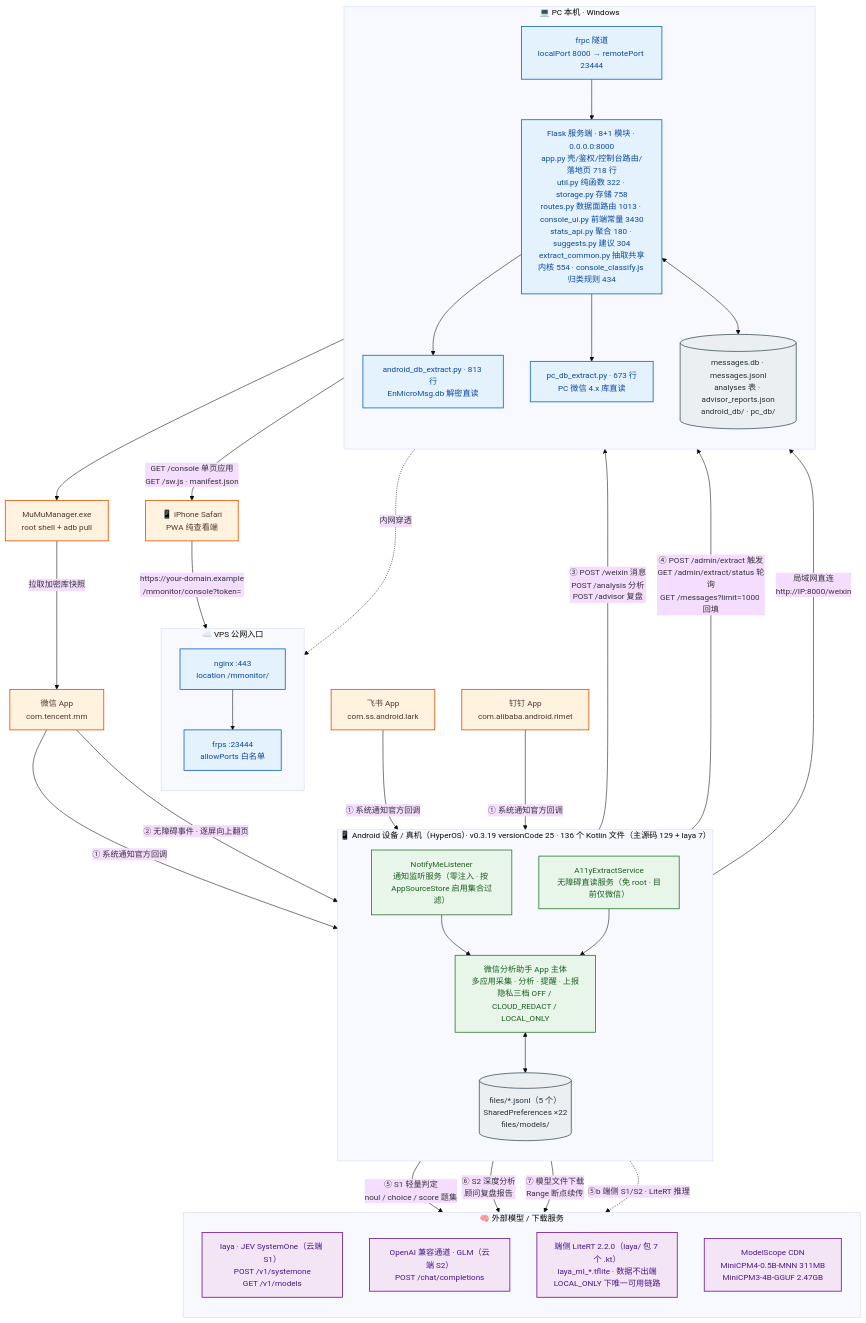
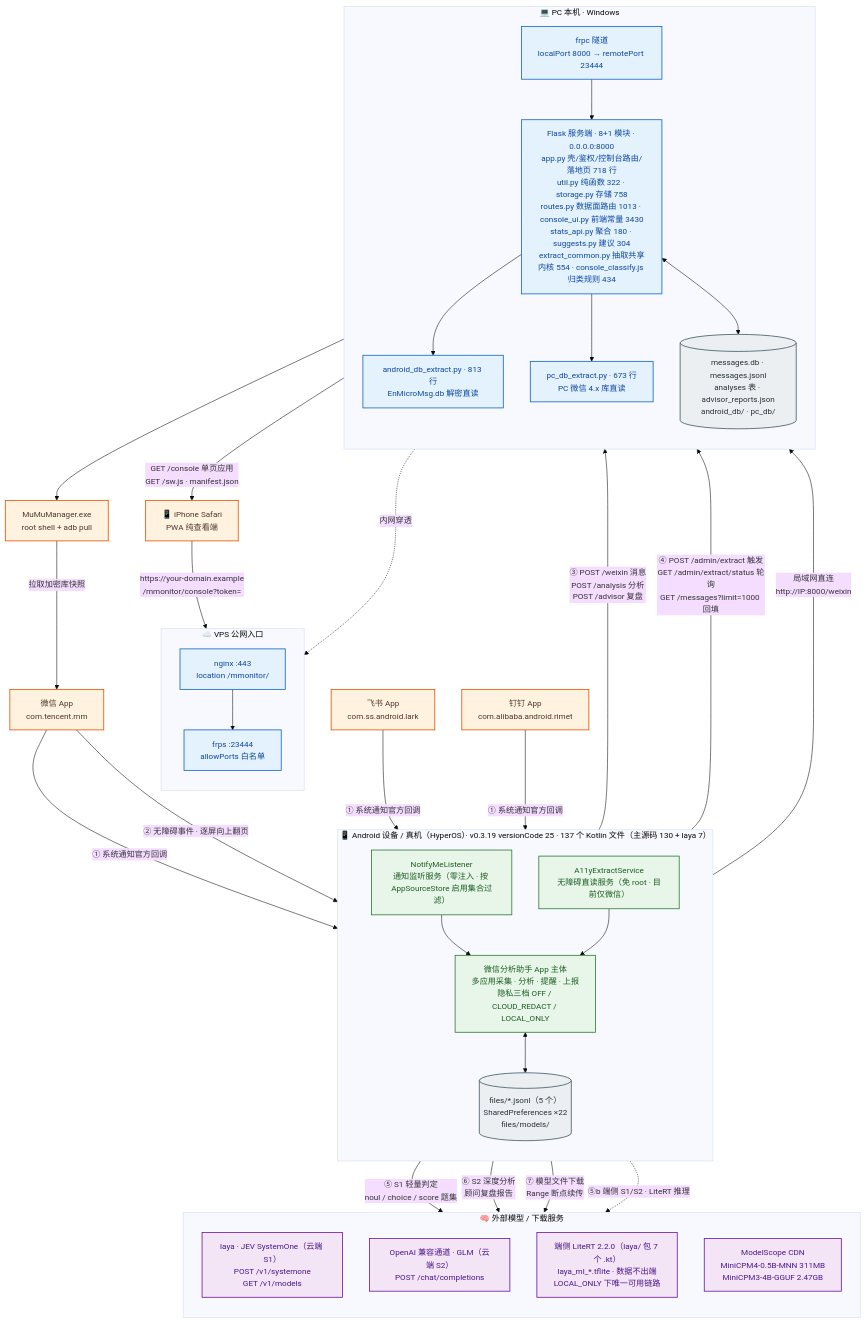
The diagram in docs/architecture/diagrams/01-system-context.mmd (solidjoker/notifyme), drawn with Mermaid before and after one commit. The commit also changed 17 other files, not shown here.

```diff
--- a/docs/architecture/diagrams/01-system-context.mmd
+++ b/docs/architecture/diagrams/01-system-context.mmd
@@ -1,70 +1,70 @@
 %%{init: {'theme':'base','themeVariables':{'fontSize':'15px','fontFamily':'Microsoft YaHei, PingFang SC, sans-serif'},'flowchart':{'htmlLabels':true,'curve':'basis'}}}%%
 flowchart TB
     classDef ext  fill:#fff3e0,stroke:#e65100,stroke-width:1.5px,color:#4e342e
     classDef app  fill:#e8f5e9,stroke:#2e7d32,stroke-width:1.5px,color:#1b5e20
     classDef srv  fill:#e3f2fd,stroke:#1565c0,stroke-width:1.5px,color:#0d47a1
     classDef llm  fill:#f3e5f5,stroke:#6a1b9a,stroke-width:1.5px,color:#4a148c
     classDef store fill:#eceff1,stroke:#455a64,stroke-width:1.5px,color:#263238
 
     WX["微信 App<br/>com.tencent.mm"]:::ext
     FS["飞书 App<br/>com.ss.android.lark"]:::ext
     DT["钉钉 App<br/>com.alibaba.android.rimet"]:::ext
 
-    subgraph DEV["📱 Android 设备 / 真机（HyperOS）· v0.3.19 versionCode 25 · 136 个 Kotlin 文件（主源码 129 + laya 7）"]
+    subgraph DEV["📱 Android 设备 / 真机（HyperOS）· v0.3.19 versionCode 25 · 137 个 Kotlin 文件（主源码 130 + laya 7）"]
         direction TB
         NL["NotifyMeListener<br/>通知监听服务（零注入 · 按 AppSourceStore 启用集合过滤）"]:::app
         A11Y["A11yExtractService<br/>无障碍直读服务（免 root · 目前仅微信）"]:::app
         CORE["微信分析助手 App 主体<br/>多应用采集 · 分析 · 提醒 · 上报<br/>隐私三档 OFF / CLOUD_REDACT / LOCAL_ONLY"]:::app
         STORE[("files/*.jsonl（5 个）<br/>SharedPreferences ×22<br/>files/models/")]:::store
         NL --> CORE
         A11Y --> CORE
         CORE <--> STORE
     end
 
     subgraph HOST["💻 PC 本机 · Windows"]
         direction TB
         FLASK["Flask 服务端 · 8+1 模块 · 0.0.0.0:8000<br/>app.py 壳/鉴权/控制台路由/落地页 718 行<br/>util.py 纯函数 322 · storage.py 存储 758<br/>routes.py 数据面路由 1013 · console_ui.py 前端常量 3430<br/>stats_api.py 聚合 180 · suggests.py 建议 304<br/>extract_common.py 抽取共享内核 554 · console_classify.js 归类规则 434"]:::srv
         ADBEX["android_db_extract.py · 813 行<br/>EnMicroMsg.db 解密直读"]:::srv
         PCEX["pc_db_extract.py · 673 行<br/>PC 微信 4.x 库直读"]:::srv
         DB[("messages.db · messages.jsonl<br/>analyses 表 · advisor_reports.json<br/>android_db/ · pc_db/")]:::store
         FRPC["frpc 隧道<br/>localPort 8000 → remotePort 23444"]:::srv
         FLASK --> ADBEX
         FLASK --> PCEX
         FLASK <--> DB
         FRPC --> FLASK
     end
 
     subgraph VPS["☁️ VPS 公网入口"]
         direction TB
         NGINX["nginx :443<br/>location /mmonitor/"]:::srv
         FRPS["frps :23444<br/>allowPorts 白名单"]:::srv
         NGINX --> FRPS
     end
 
     subgraph AI["🧠 外部模型 / 下载服务"]
         direction TB
         LAYA["laya · JEV SystemOne（云端 S1）<br/>POST /v1/systemone<br/>GET /v1/models"]:::llm
         GLM["OpenAI 兼容通道 · GLM（云端 S2）<br/>POST /chat/completions"]:::llm
         LITE["端侧 LiteRT 2.2.0（laya/ 包 7 个 .kt）<br/>laya_ml_*.tflite · 数据不出端<br/>LOCAL_ONLY 下唯一可用链路"]:::llm
         MS["ModelScope CDN<br/>MiniCPM4-0.5B-MNN 311MB<br/>MiniCPM3-4B-GGUF 2.47GB"]:::llm
     end
 
     MUMU["MuMuManager.exe<br/>root shell + adb pull"]:::ext
     IPHONE["📱 iPhone Safari<br/>PWA 纯查看端"]:::ext
 
     WX -->|"① 系统通知官方回调"| NL
     FS -->|"① 系统通知官方回调"| NL
     DT -->|"① 系统通知官方回调"| NL
     WX -->|"② 无障碍事件 · 逐屏向上翻页"| A11Y
     CORE -->|"③ POST /weixin 消息<br/>POST /analysis 分析<br/>POST /advisor 复盘"| FLASK
     CORE -->|"④ POST /admin/extract 触发<br/>GET /admin/extract/status 轮询<br/>GET /messages?limit=1000 回填"| FLASK
     CORE -->|"⑤ S1 轻量判定<br/>noul / choice / score 题集"| LAYA
     CORE -->|"⑥ S2 深度分析<br/>顾问复盘报告"| GLM
     CORE -->|"⑦ 模型文件下载<br/>Range 断点续传"| MS
     CORE -.->|"⑤b 端侧 S1/S2 · LiteRT 推理"| LITE
     ADBEX --> MUMU
     MUMU -->|"拉取加密库快照"| WX
     CORE -->|"局域网直连<br/>http://IP:8000/weixin"| FLASK
     FRPC -.->|"内网穿透"| FRPS
     IPHONE -->|"https://your-domain.example<br/>/mmonitor/console?token="| NGINX
     FLASK -->|"GET /console 单页应用<br/>GET /sw.js · manifest.json"| IPHONE
```
